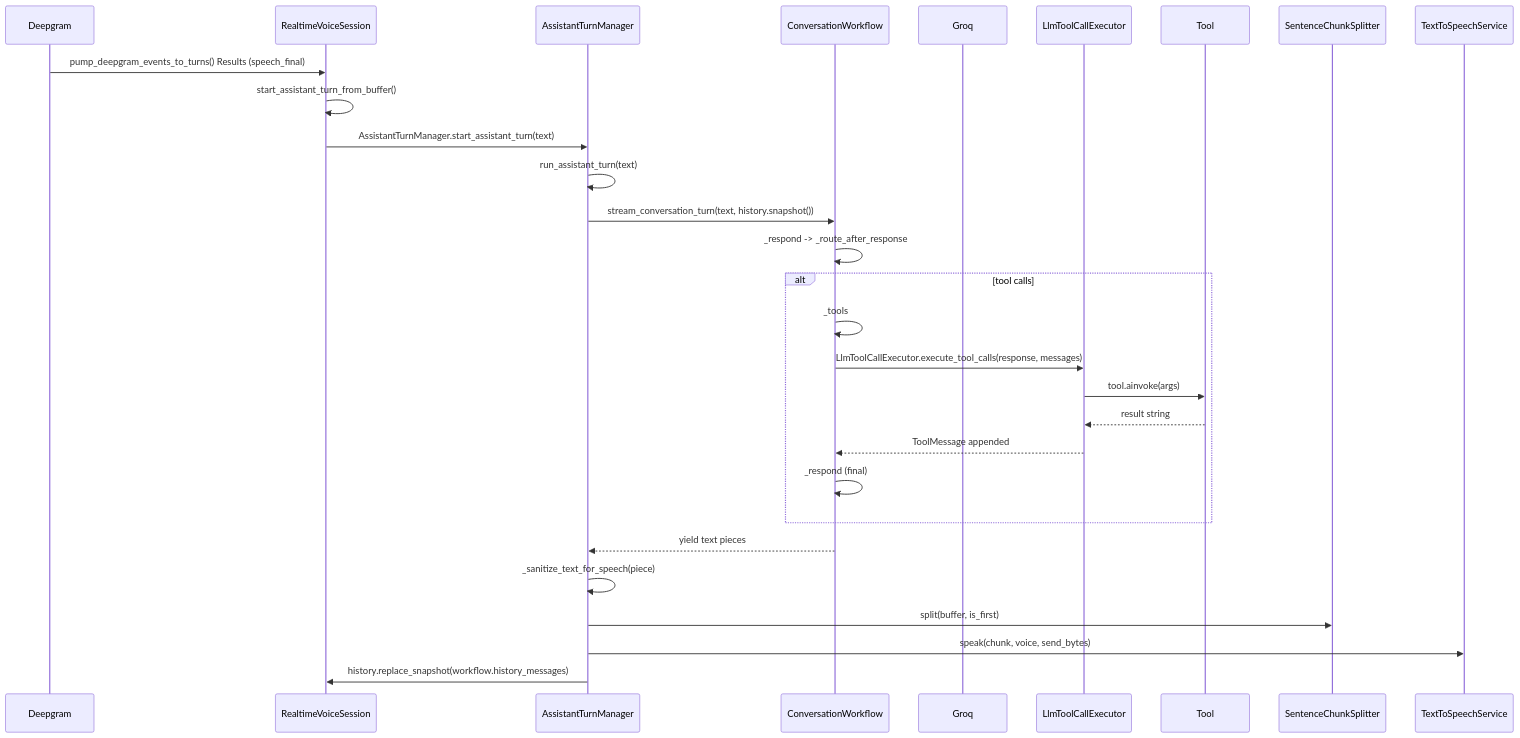
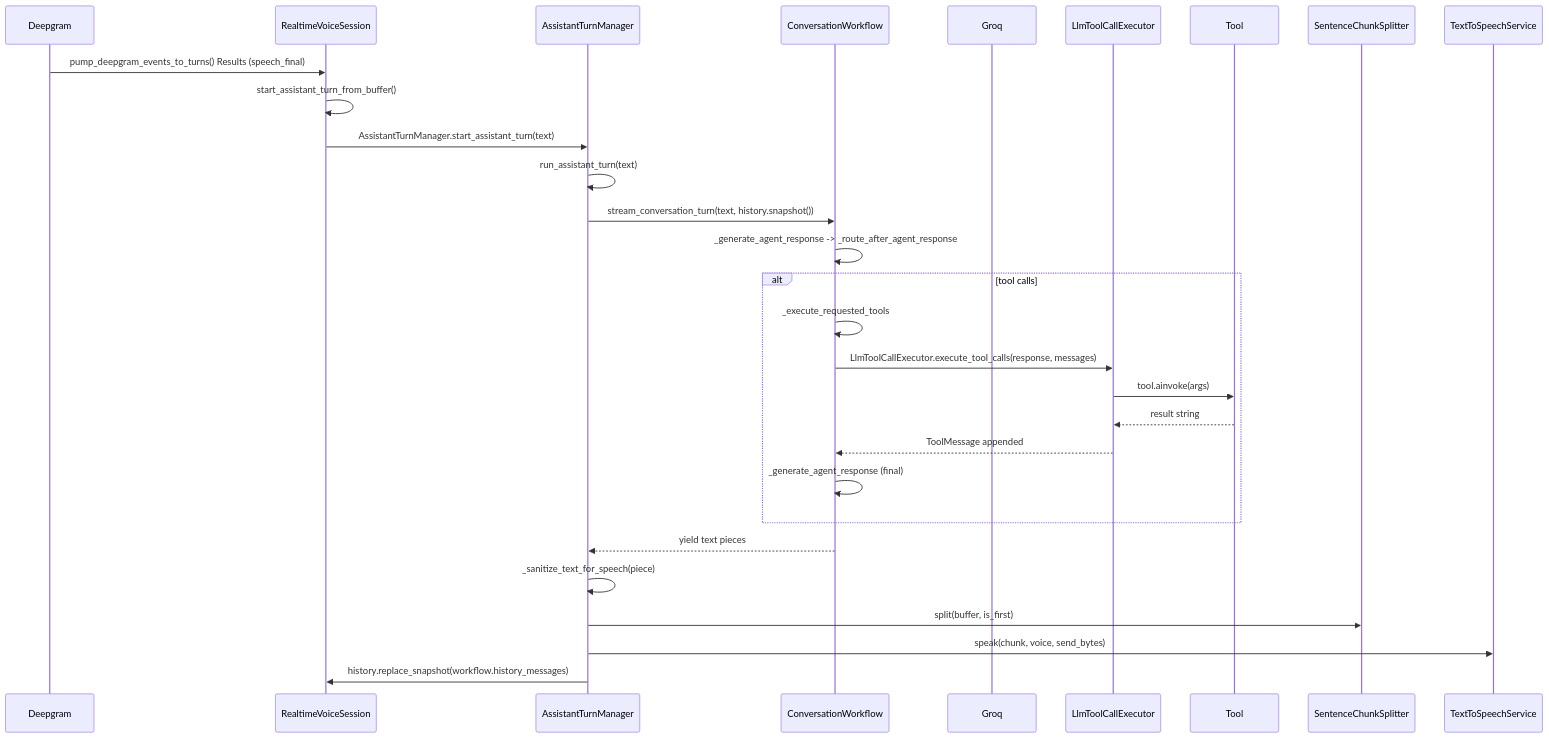
The second of 6 diagrams in ARCHITECTURE.md (Bhanupratap0906/chatbot), drawn with Mermaid before and after one commit. The commit also changed other lines of this file and 83 other files, not shown here.

````diff
--- a/ARCHITECTURE.md
+++ b/ARCHITECTURE.md
@@ -390,31 +385,31 @@
 ```mermaid
 sequenceDiagram
     participant STT as Deepgram
     participant VS as RealtimeVoiceSession
     participant TM as AssistantTurnManager
     participant WF as ConversationWorkflow
     participant LLM as Groq
     participant TE as LlmToolCallExecutor
     participant T as Tool
     participant CHK as SentenceChunkSplitter
     participant TTS as TextToSpeechService
     STT->>VS: pump_deepgram_events_to_turns() Results (speech_final)
     VS->>VS: start_assistant_turn_from_buffer()
     VS->>TM: AssistantTurnManager.start_assistant_turn(text)
     TM->>TM: run_assistant_turn(text)
     TM->>WF: stream_conversation_turn(text, history.snapshot())
-    WF->>WF: _respond -> _route_after_response
+    WF->>WF: _generate_agent_response -> _route_after_agent_response
     alt tool calls
-        WF->>WF: _tools
+        WF->>WF: _execute_requested_tools
         WF->>TE: LlmToolCallExecutor.execute_tool_calls(response, messages)
         TE->>T: tool.ainvoke(args)
         T-->>TE: result string
         TE-->>WF: ToolMessage appended
-        WF->>WF: _respond (final)
+        WF->>WF: _generate_agent_response (final)
     end
     WF-->>TM: yield text pieces
     TM->>TM: _sanitize_text_for_speech(piece)
     TM->>CHK: split(buffer, is_first)
     TM->>TTS: speak(chunk, voice, send_bytes)
     TM->>VS: history.replace_snapshot(workflow.history_messages)
 ```
````
